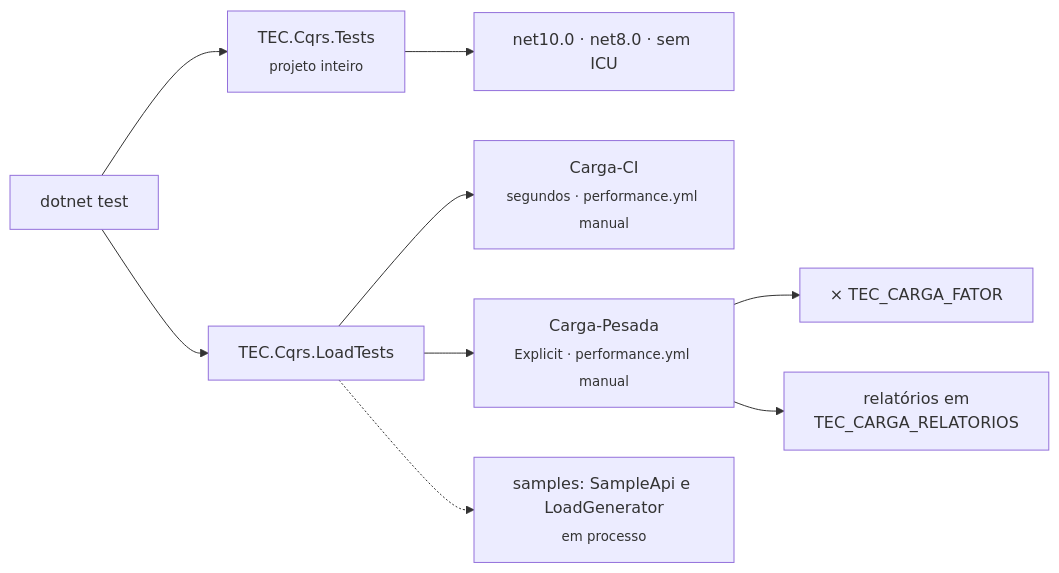
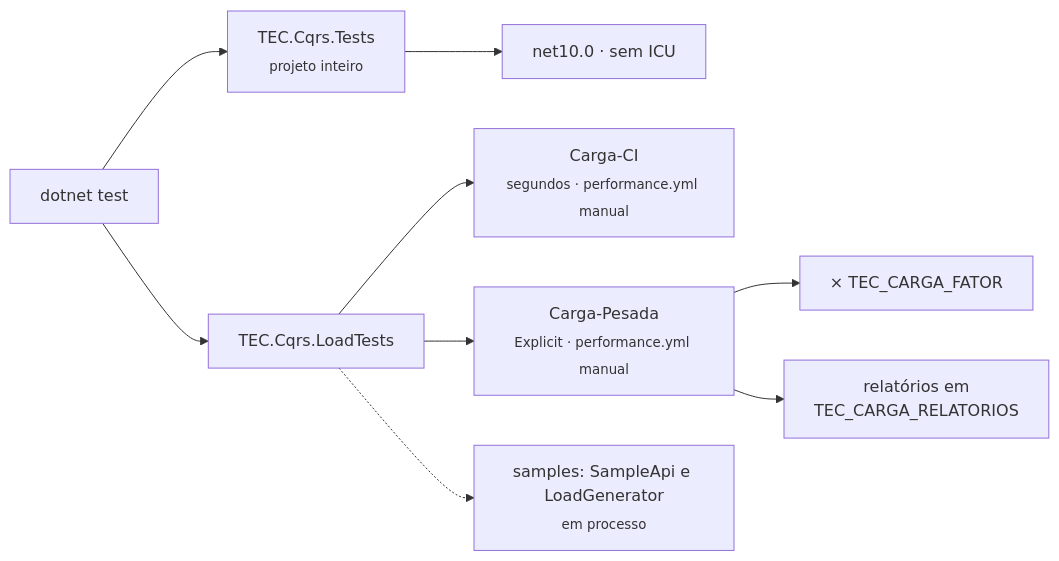
One commit to tudoemcodigo/lib-tec-cqrs changed the diagram in docs/testes.md. Above: the diagram before and after it, drawn with Mermaid. The commit also changed other lines of this file and 71 other files, not shown here.

````diff
--- a/docs/testes.md
+++ b/docs/testes.md
@@ -27,11 +27,11 @@
 ```mermaid
 flowchart LR
     T["dotnet test"] --> U["TEC.Cqrs.Tests<br/><sub>projeto inteiro</sub>"]
     T --> L["TEC.Cqrs.LoadTests"]
-    U --> M["net10.0 · net8.0 · sem ICU"]
+    U --> M["net10.0 · sem ICU"]
     L --> CI["Carga-CI<br/><sub>segundos · performance.yml manual</sub>"]
     L --> HV["Carga-Pesada<br/><sub>Explicit · performance.yml manual</sub>"]
     HV --> F["× TEC_CARGA_FATOR"]
     HV --> R["relatórios em<br/>TEC_CARGA_RELATORIOS"]
     L -.-> S["samples: SampleApi e LoadGenerator<br/><sub>em processo</sub>"]
 ```
````
